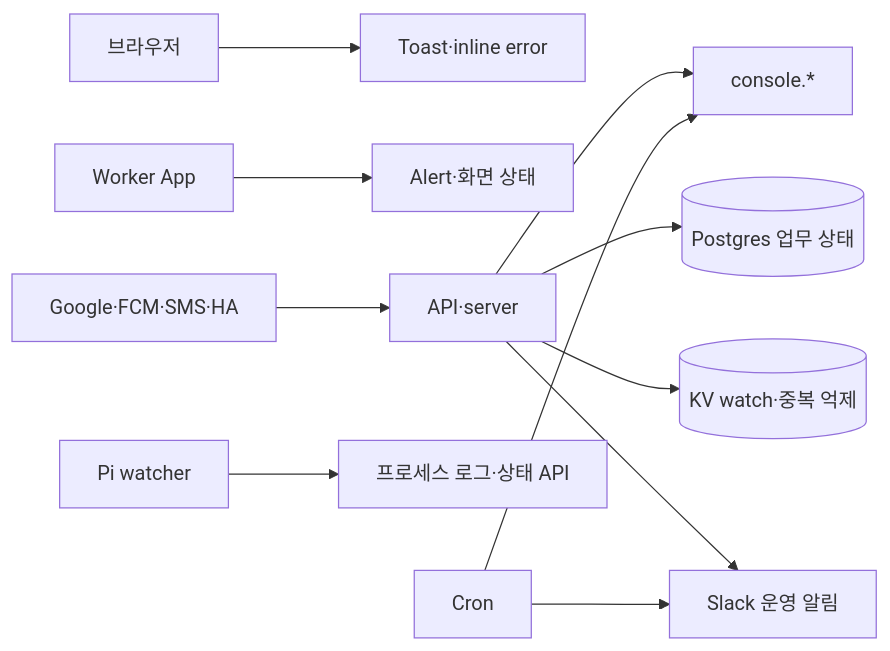
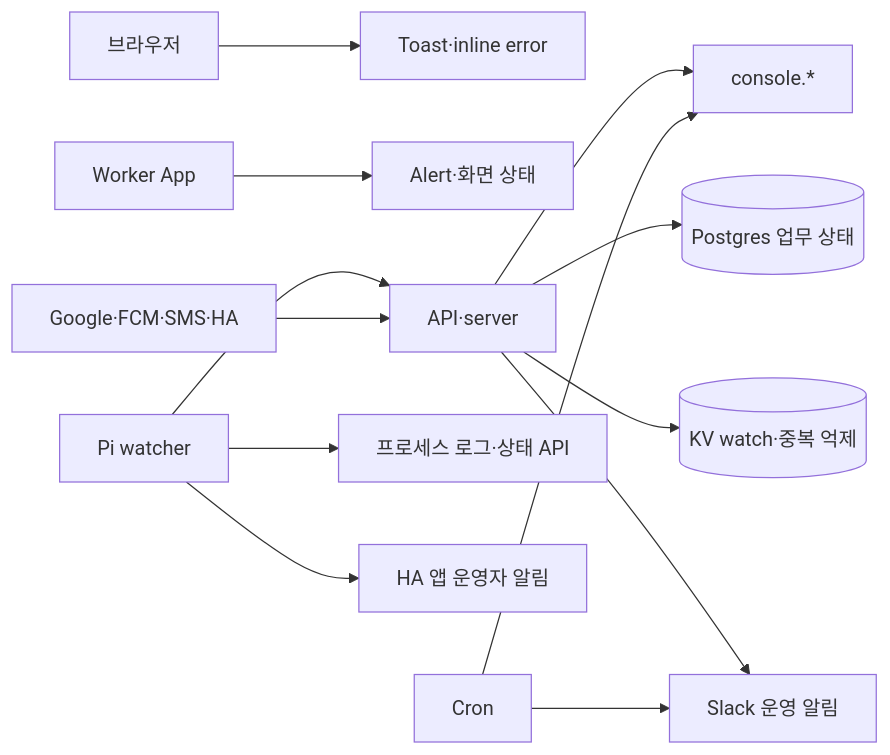
The fourth of 6 diagrams in error_observability.md (adckang/propos), drawn with Mermaid before and after one commit. The commit also changed other lines of this file and 5 other files, not shown here.

First line of the commit message:
docs: add the big flows added since 11-17 to the integrated docs (SM-20..29)

````diff
--- a/error_observability.md
+++ b/error_observability.md
@@ -261,13 +268,15 @@
 ```mermaid
 flowchart LR
   Browser[브라우저] --> Toast[Toast·inline error]
   Worker[Worker App] --> Alert[Alert·화면 상태]
   API[API·server] --> Console[console.*]
   Pi[Pi watcher] --> PiLog[프로세스 로그·상태 API]
+  Pi --> HAApp[HA 앱 운영자 알림]
+  Pi --> API
   API --> DB[(Postgres 업무 상태)]
   API --> KV[(KV watch·중복 억제)]
   API --> Slack[Slack 운영 알림]
   Cron[Cron] --> Console
   Cron --> Slack
   External[Google·FCM·SMS·HA] --> API
 ```
````
